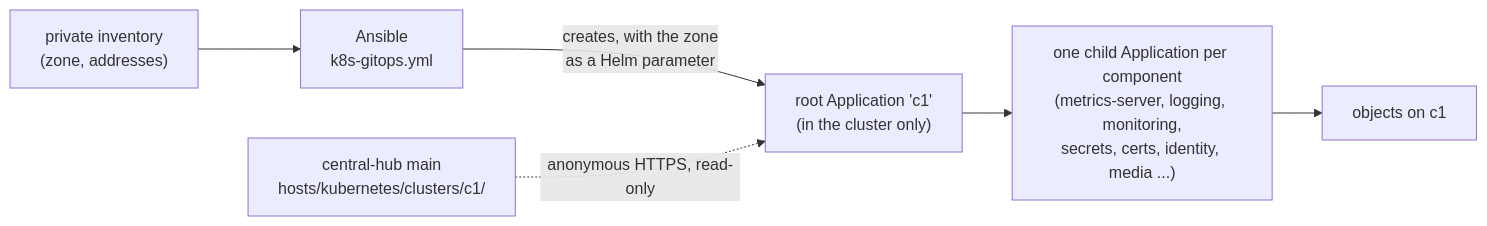
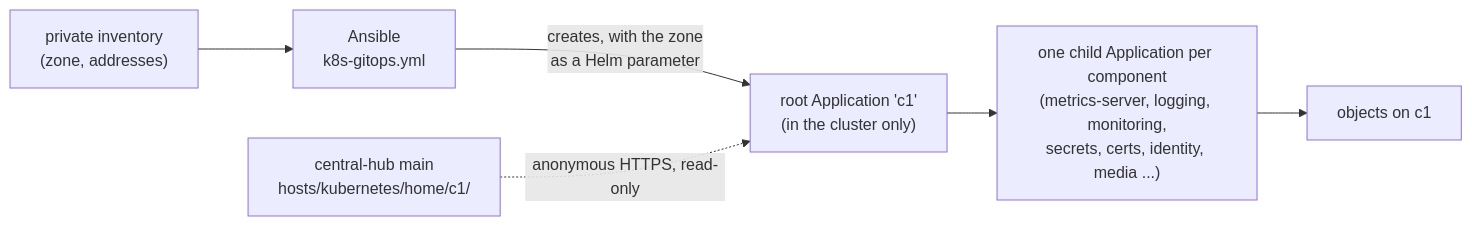
One commit to jonhill90/central-hub changed the diagram in docs/specs/2026-11-c1-apps-under-argo-cd.md. Above: the diagram before and after it, drawn with Mermaid. The commit also changed other lines of this file and 82 other files, not shown here.

First line of the commit message:
refactor: move c1's Kubernetes files under hosts/kubernetes/home/

````diff
--- a/docs/specs/2026-11-c1-apps-under-argo-cd.md
+++ b/docs/specs/2026-11-c1-apps-under-argo-cd.md
@@ -29,8 +29,8 @@
 ```mermaid
 flowchart LR
   inv["private inventory<br/>(zone, addresses)"] --> ansible["Ansible<br/>k8s-gitops.yml"]
   ansible -- "creates, with the zone<br/>as a Helm parameter" --> root["root Application 'c1'<br/>(in the cluster only)"]
-  repo["central-hub main<br/>hosts/kubernetes/clusters/c1/"] -. "anonymous HTTPS, read-only" .-> root
+  repo["central-hub main<br/>hosts/kubernetes/home/c1/"] -. "anonymous HTTPS, read-only" .-> root
   root --> apps["one child Application per component<br/>(metrics-server, logging, monitoring,<br/>secrets, certs, identity, media ...)"]
   apps --> c1["objects on c1"]
 ```
````
